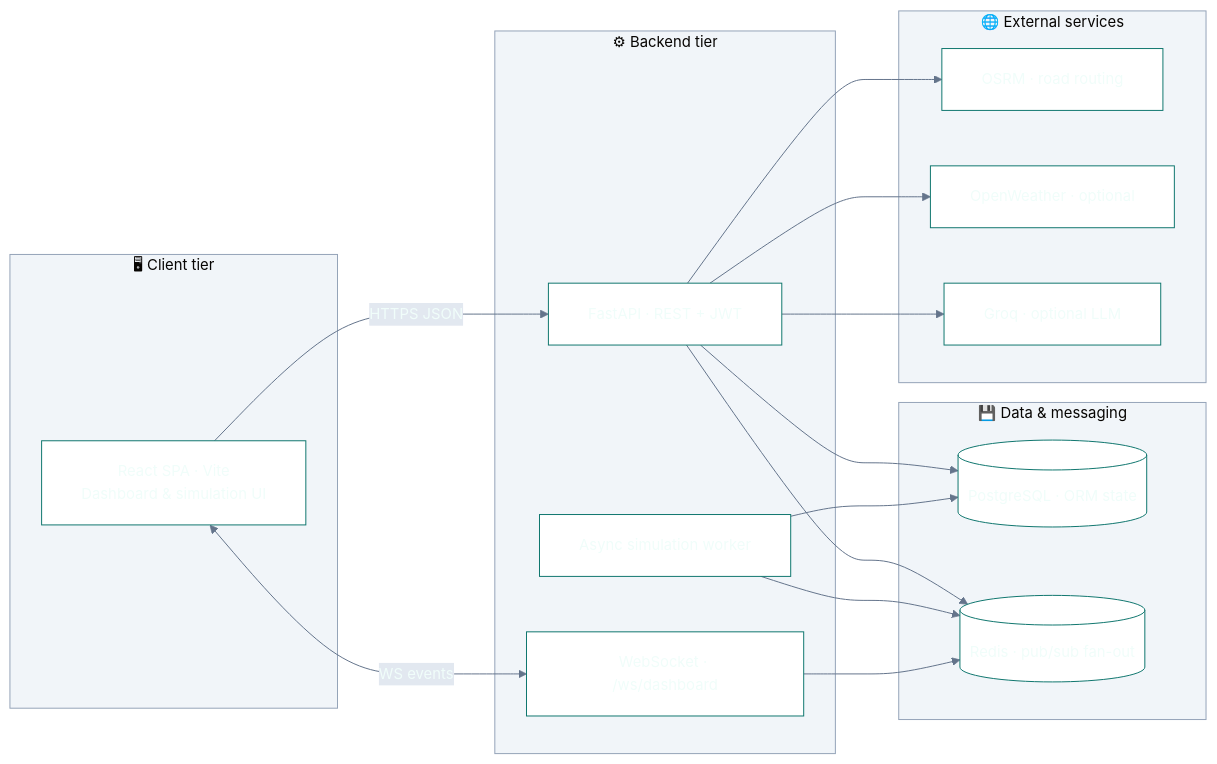
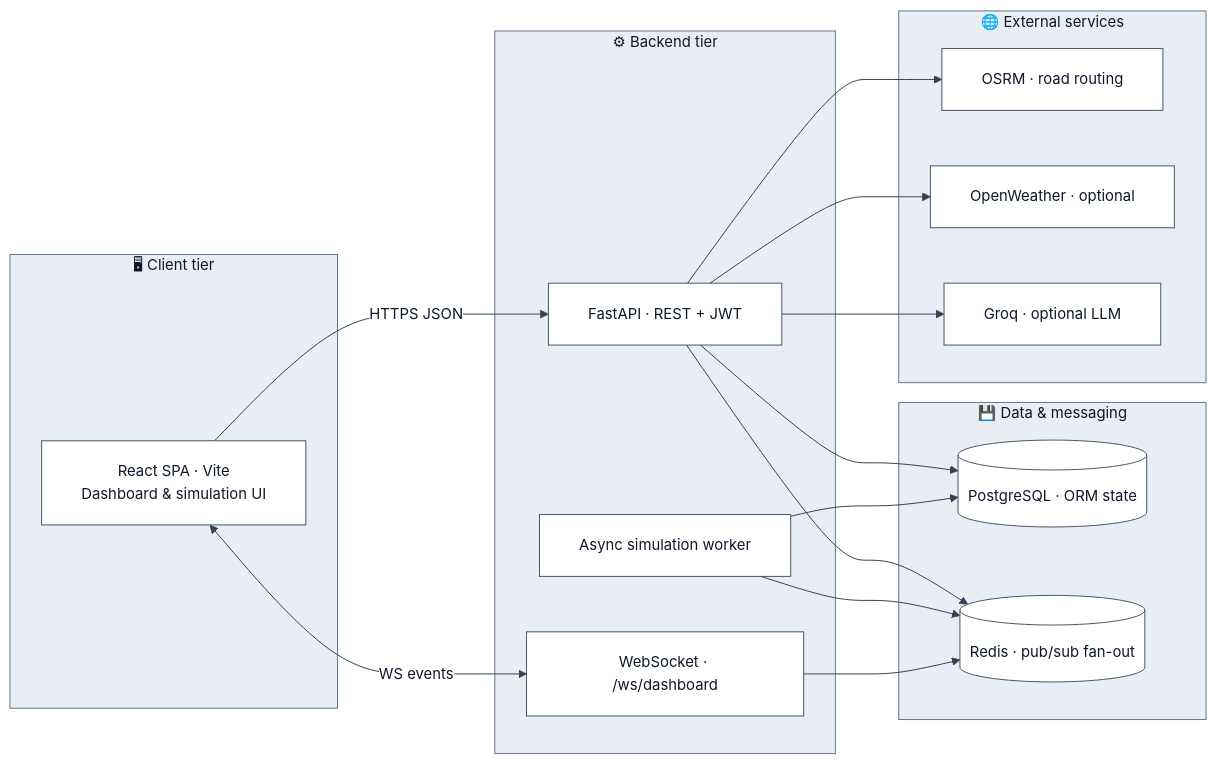
The first of 7 diagrams in docs/FLOWCHARTS.md (dhanyakini/PharmAI-Chain), drawn with Mermaid before and after one commit. The commit also changed other lines of this file and 1 other file, not shown here.

Commit message:
Update FLOWCHARTS.md and mermaid-config.json to standardize color palette and improve diagram styling for better visual consistency

````diff
--- a/docs/FLOWCHARTS.md
+++ b/docs/FLOWCHARTS.md
@@ -13,35 +15,35 @@
 ```mermaid
-%%{init: {'theme':'base','themeVariables':{'primaryColor':'#0d9488','primaryTextColor':'#f0fdfa','primaryBorderColor':'#0f766e','secondaryColor':'#e2e8f0','secondaryTextColor':'#1e293b','tertiaryColor':'#f8fafc','lineColor':'#64748b','textColor':'#0f172a','clusterBkg':'#f1f5f9','clusterBorder':'#94a3b8','mainBkg':'#ffffff','fontFamily':'ui-sans-serif, system-ui, sans-serif','fontSize':'15px'},'flowchart':{'curve':'basis','padding':20,'nodeSpacing':56,'rankSpacing':64}}}%%
+%%{init: {'theme':'base','themeVariables':{'fontFamily':'ui-sans-serif, system-ui, sans-serif','fontSize':'15px','primaryColor':'#ffffff','primaryTextColor':'#0f172a','primaryBorderColor':'#0d9488','secondaryColor':'#ffffff','secondaryTextColor':'#0f172a','secondaryBorderColor':'#64748b','tertiaryColor':'#f1f5f9','tertiaryTextColor':'#0f172a','tertiaryBorderColor':'#475569','lineColor':'#334155','textColor':'#0f172a','mainBkg':'#ffffff','nodeBorder':'#475569','clusterBkg':'#e8eef4','clusterBorder':'#64748b','edgeLabelBackground':'#ffffff','titleColor':'#0f172a'},'flowchart':{'curve':'basis','padding':20,'nodeSpacing':56,'rankSpacing':64,'useMaxWidth':true}}}%%
 flowchart LR
   subgraph clients[" 🖥 Client tier "]
     UI["React SPA · Vite<br/>Dashboard & simulation UI"]
   end
 
   subgraph backend[" ⚙ Backend tier "]
     API["FastAPI · REST + JWT"]
     WS["WebSocket · /ws/dashboard"]
     Worker["Async simulation worker"]
   end
 
   subgraph data[" 💾 Data & messaging "]
     PG[("PostgreSQL · ORM state")]
     RD[("Redis · pub/sub fan-out")]
   end
 
   subgraph external[" 🌐 External services "]
     OSRM["OSRM · road routing"]
     OW["OpenWeather · optional"]
     GROQ["Groq · optional LLM"]
   end
 
   UI -->|"HTTPS JSON"| API
   UI <-->|"WS events"| WS
   API --> PG
   API --> RD
   Worker --> PG
   Worker --> RD
   WS --> RD
   API --> OSRM
   API --> OW
   API --> GROQ
 ```
````
